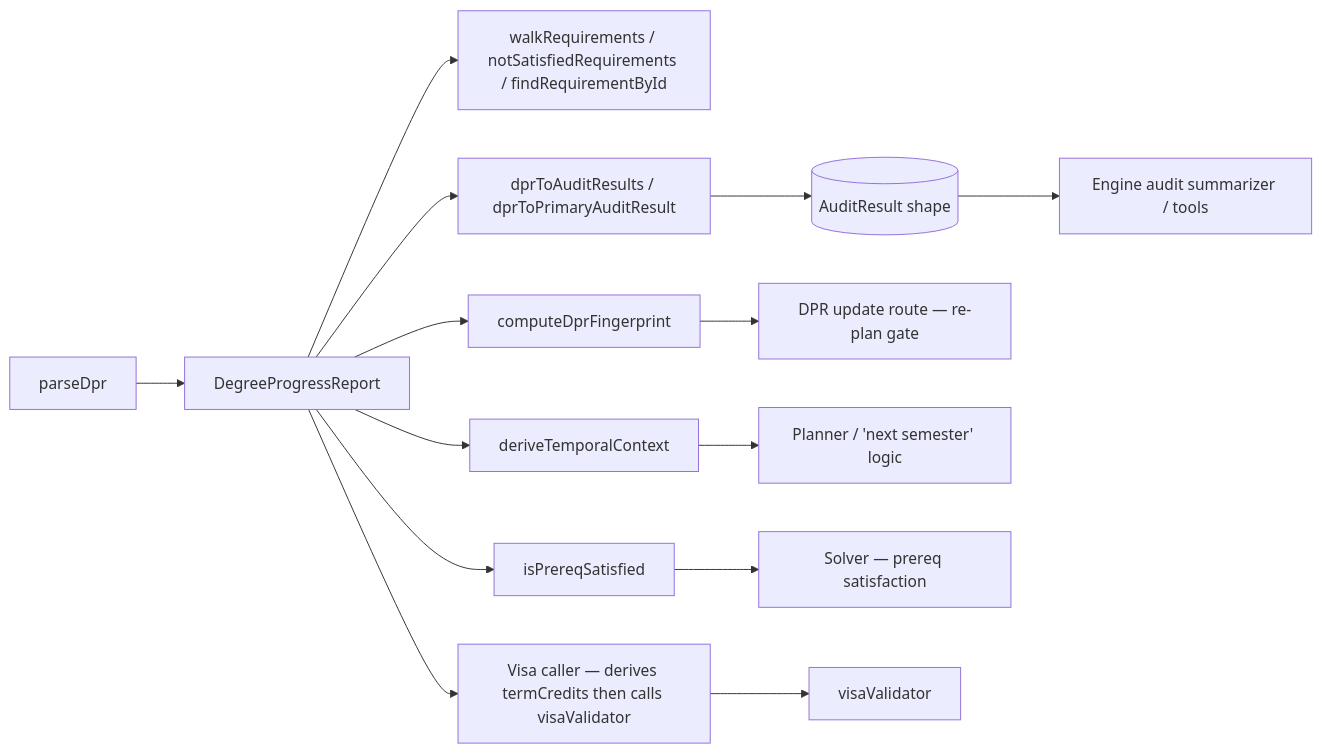
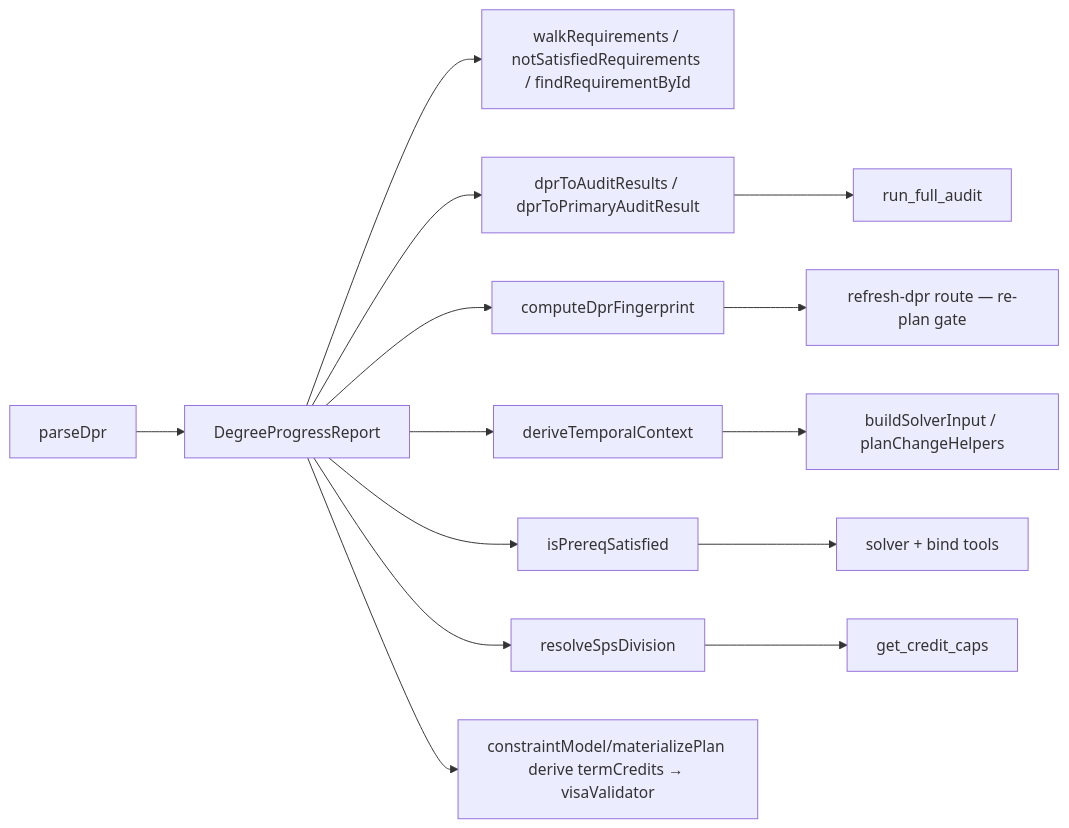
The third of 3 diagrams in Docs/current-system/engine/dpr.md (EdoardoMongardi/NYU_Path), drawn with Mermaid before and after one commit. The commit also changed other lines of this file and 73 other files, not shown here.

````diff
--- a/Docs/current-system/engine/dpr.md
+++ b/Docs/current-system/engine/dpr.md
@@ -687,17 +455,17 @@
 ```mermaid
 flowchart LR
     Parser[parseDpr]
     Parser --> Report[DegreeProgressReport]
     Report --> Helpers[walkRequirements / notSatisfiedRequirements / findRequirementById]
     Report --> Adapter[dprToAuditResults / dprToPrimaryAuditResult]
     Report --> Fingerprint[computeDprFingerprint]
     Report --> Temporal[deriveTemporalContext]
     Report --> Prereq[isPrereqSatisfied]
-    Adapter --> AuditResult[(AuditResult shape)]
-    AuditResult --> ExternalAudit["Engine audit summarizer / tools"]
-    Fingerprint --> UpdateRoute["DPR update route — re-plan gate"]
-    Temporal --> Planner["Planner / 'next semester' logic"]
-    Prereq --> Solver["Solver — prereq satisfaction"]
-    Report --> Visa["Visa caller — derives termCredits then calls visaValidator"]
-    Visa --> Validator[visaValidator]
+    Report --> Sps[resolveSpsDivision]
+    Adapter --> RunFullAudit[run_full_audit]
+    Fingerprint --> UpdateRoute[refresh-dpr route — re-plan gate]
+    Temporal --> Solver[buildSolverInput / planChangeHelpers]
+    Prereq --> SolverHelpers[solver + bind tools]
+    Report --> Visa[constraintModel/materializePlan derive termCredits → visaValidator]
+    Sps --> Caps[get_credit_caps]
 ```
````
